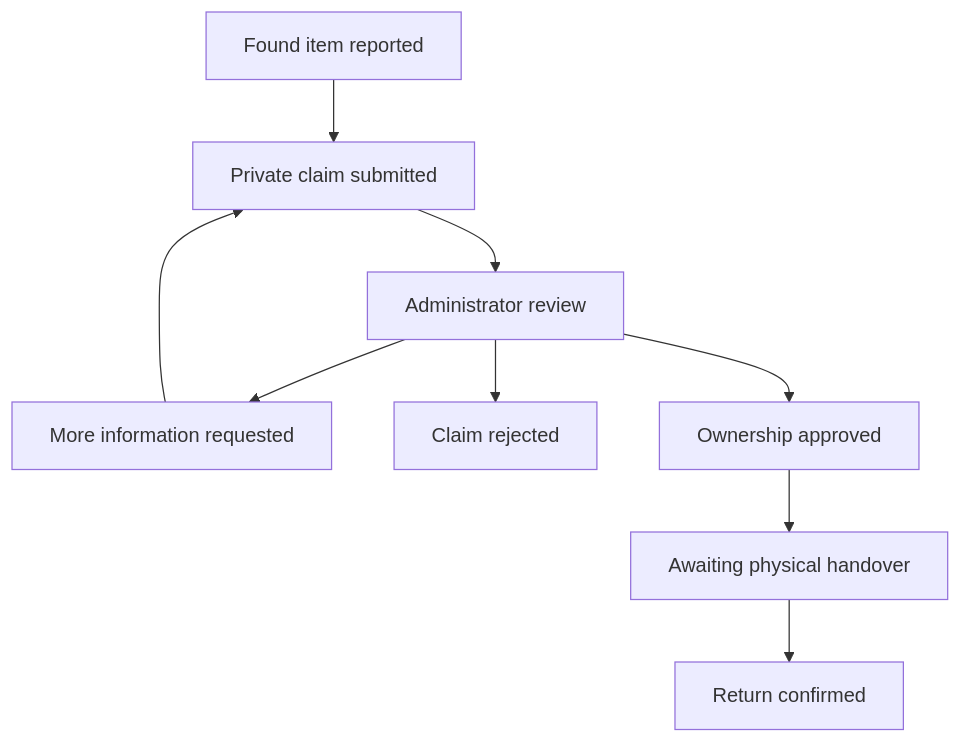
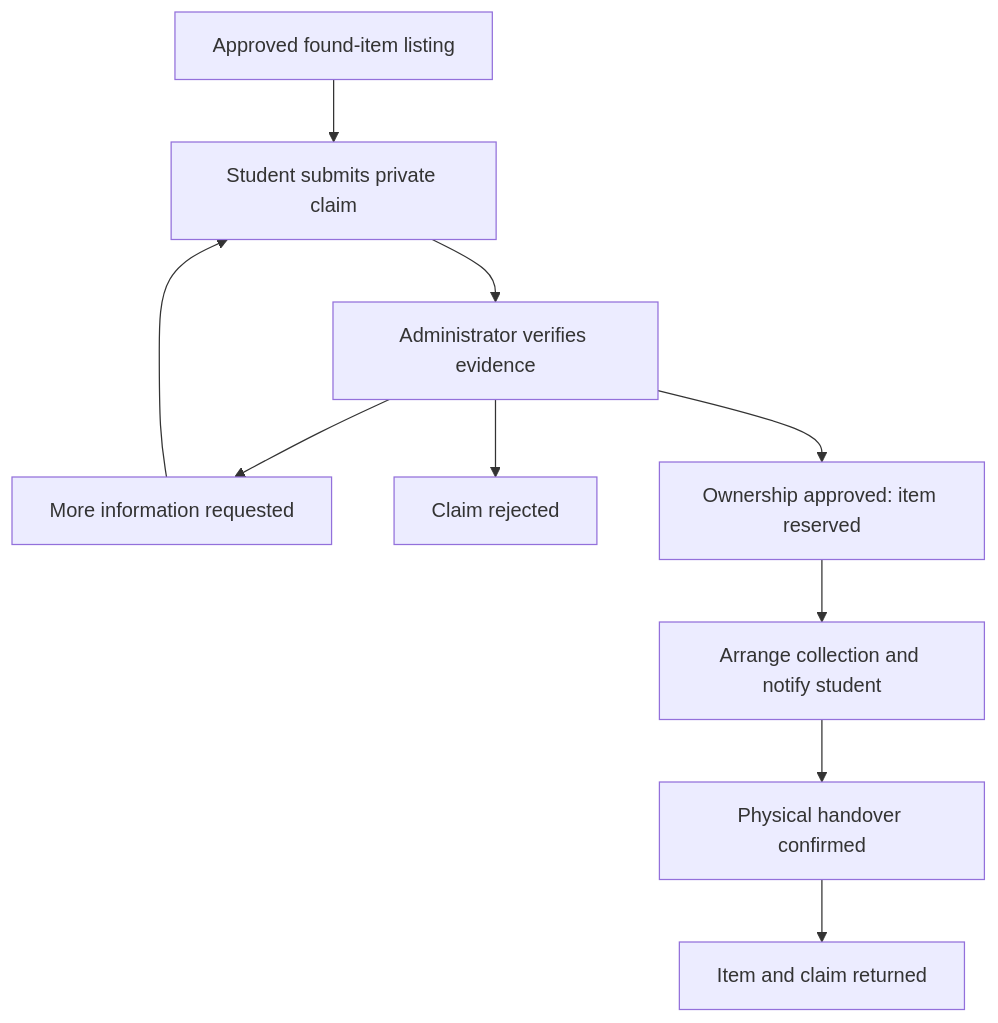
The second of 3 diagrams in README.md (MeazbahMehedi/CampusFind), drawn with Mermaid before and after one commit. The commit also changed other lines of this file and 45 other files, not shown here.

````diff
--- a/README.md
+++ b/README.md
@@ -128,11 +145,12 @@
 ```mermaid
 flowchart TD
-    A[Found item reported] --> B[Private claim submitted]
-    B --> C[Administrator review]
+    A[Approved found-item listing] --> B[Student submits private claim]
+    B --> C[Administrator verifies evidence]
     C --> D[More information requested]
     D --> B
     C --> E[Claim rejected]
-    C --> F[Ownership approved]
-    F --> G[Awaiting physical handover]
-    G --> H[Return confirmed]
+    C --> F[Ownership approved: item reserved]
+    F --> G[Arrange collection and notify student]
+    G --> H[Physical handover confirmed]
+    H --> I[Item and claim returned]
 ```
````
